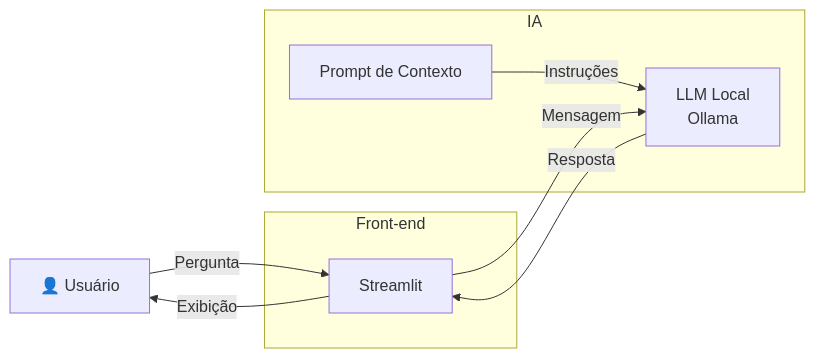
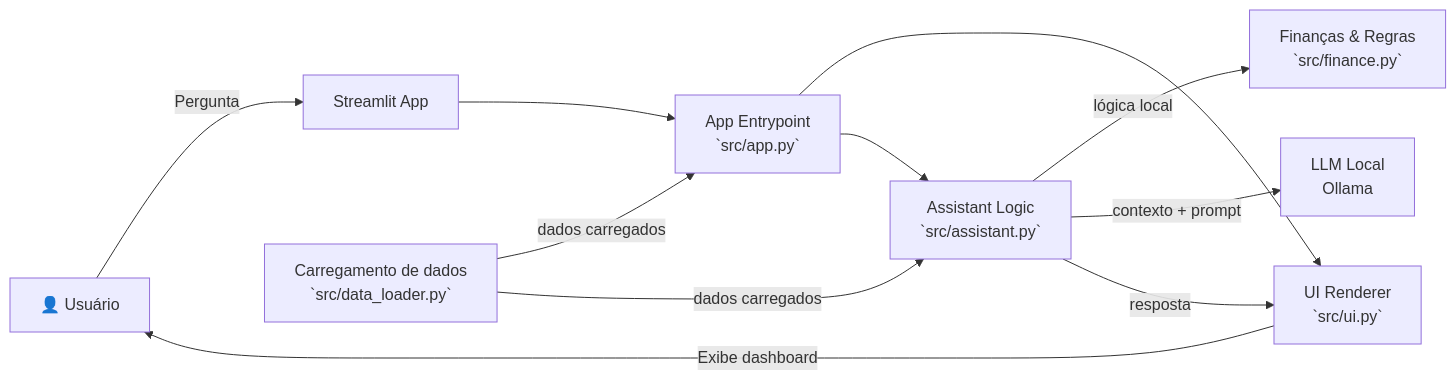
The diagram in docs/01-documentacao-agente.md (nathaliadebellis/sia-financial-assistant), drawn with Mermaid before and after one commit. The commit also changed other lines of this file and 11 other files, not shown here.

````diff
--- a/docs/01-documentacao-agente.md
+++ b/docs/01-documentacao-agente.md
@@ -54,20 +54,22 @@
 ```mermaid
 flowchart LR
+    U[👤 Usuário]
+    A[Streamlit App]
+    B[App Entrypoint<br>`src/app.py`]
+    C[UI Renderer<br>`src/ui.py`]
+    D[Assistant Logic<br>`src/assistant.py`]
+    E[Finanças & Regras<br>`src/finance.py`]
+    F[Carregamento de dados<br>`src/data_loader.py`]
+    G[LLM Local<br>Ollama]
 
-    U[👤 Usuário]
-
-    subgraph Front-end
-        S[Streamlit]
-    end
-
-    subgraph IA
-        P[Prompt de Contexto]
-        L[LLM Local<br>Ollama]
-    end
-
-    U -->|Pergunta| S
-    S -->|Mensagem| L
-    P -->|Instruções| L
-    L -->|Resposta| S
-    S -->|Exibição| U
+    U -->|Pergunta| A
+    A --> B
+    B --> C
+    B --> D
+    C -->|Exibe dashboard| U
+    D -->|lógica local| E
+    D -->|contexto + prompt| G
+    F -->|dados carregados| B
+    F -->|dados carregados| D
+    D -->|resposta| C
 ```
````
